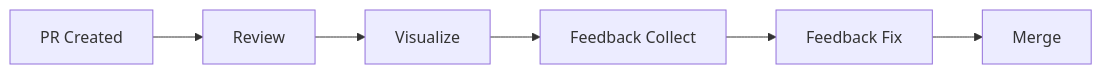
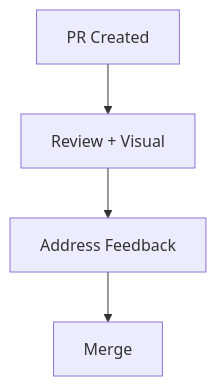
Before and after one commit to rp1-run/rp1: the first of 6 diagrams in docs/guides/pr-review.md, drawn with Mermaid. The commit also changed other lines of this file and 17 other files, not shown here.

````diff
--- a/docs/guides/pr-review.md
+++ b/docs/guides/pr-review.md
@@ -41,8 +41,6 @@
 ```mermaid
-flowchart LR
-    PR[PR Created] --> R[Review]
-    R --> V[Visualize]
-    V --> FC[Feedback Collect]
-    FC --> FF[Feedback Fix]
-    FF --> M[Merge]
+flowchart TB
+    PR[PR Created] --> R[Review + Visual]
+    R --> FB[Address Feedback]
+    FB --> M[Merge]
 ```
````
